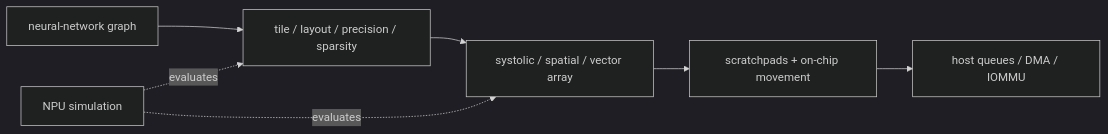
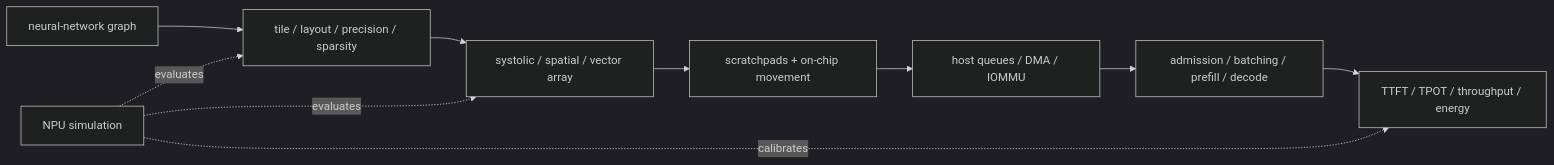
The diagram in 01_Architecture_and_PPA/03_NPU_Architecture/00_Index.md (Wty2003328/silicon-design-notebook), drawn with Mermaid (dark theme) before and after one commit. The commit also changed other lines of this file and 47 other files, not shown here.

Commit message:
Add research-depth AI workload architecture sections

```diff
--- a/01_Architecture_and_PPA/03_NPU_Architecture/00_Index.md
+++ b/01_Architecture_and_PPA/03_NPU_Architecture/00_Index.md
@@ -9,9 +9,12 @@
 ~~~mermaid
 flowchart LR
     Graph["neural-network graph"] --> Map["tile / layout / precision / sparsity"]
     Map --> Array["systolic / spatial / vector array"]
     Array --> Local["scratchpads + on-chip movement"]
     Local --> Host["host queues / DMA / IOMMU"]
+    Host --> Serve["admission / batching / prefill / decode"]
+    Serve --> Metric["TTFT / TPOT / throughput / energy"]
     Sim["NPU simulation"] -. evaluates .-> Map
     Sim -. evaluates .-> Array
+    Sim -. calibrates .-> Metric
 ~~~
```
